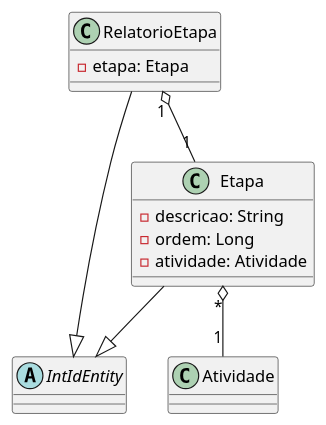
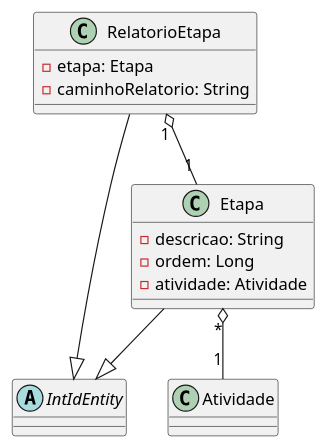
One commit to Wesley0010012/DSMA-Requisitos changed the diagram in docs/classes/core/etapas/domain/main.puml. Above: the diagram before and after it, drawn with PlantUML.

Commit message:
fix: inclui caminho do relatório

```diff
--- a/docs/classes/core/etapas/domain/main.puml
+++ b/docs/classes/core/etapas/domain/main.puml
@@ -1,23 +1,24 @@
 @startuml "Domínio - Módulo de Etapas"
 
 abstract class IntIdEntity
 
 class Atividade
 
 class Etapa {
     - descricao: String
     - ordem: Long
     - atividade: Atividade
 }
 
 class RelatorioEtapa {
     - etapa: Etapa
+    - caminhoRelatorio: String
 }
 
 Etapa --|> IntIdEntity
 Etapa "*" o-- "1" Atividade
 
 RelatorioEtapa --|> IntIdEntity
 RelatorioEtapa "1" o-- "1" Etapa
 
 @enduml
```
